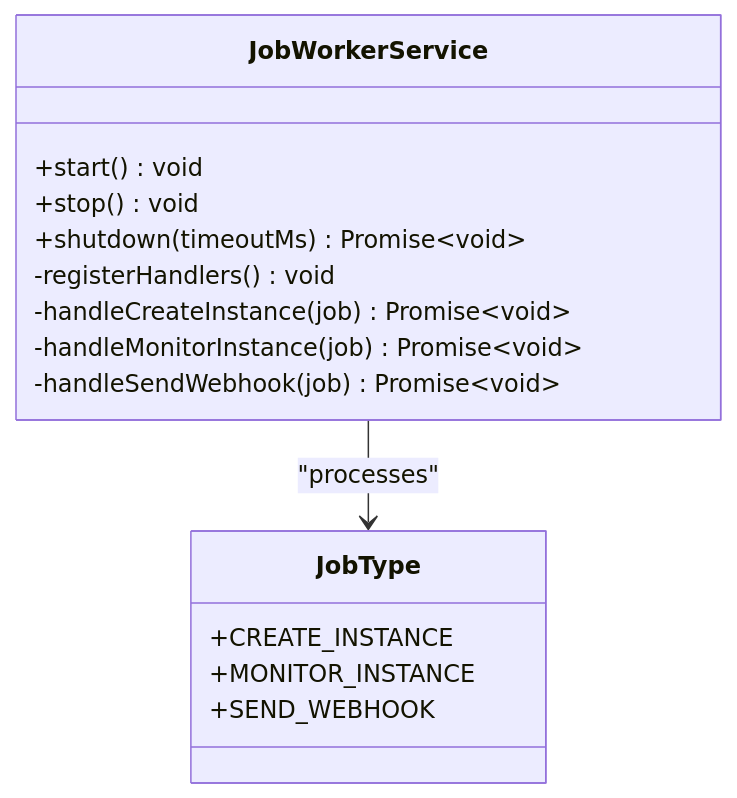
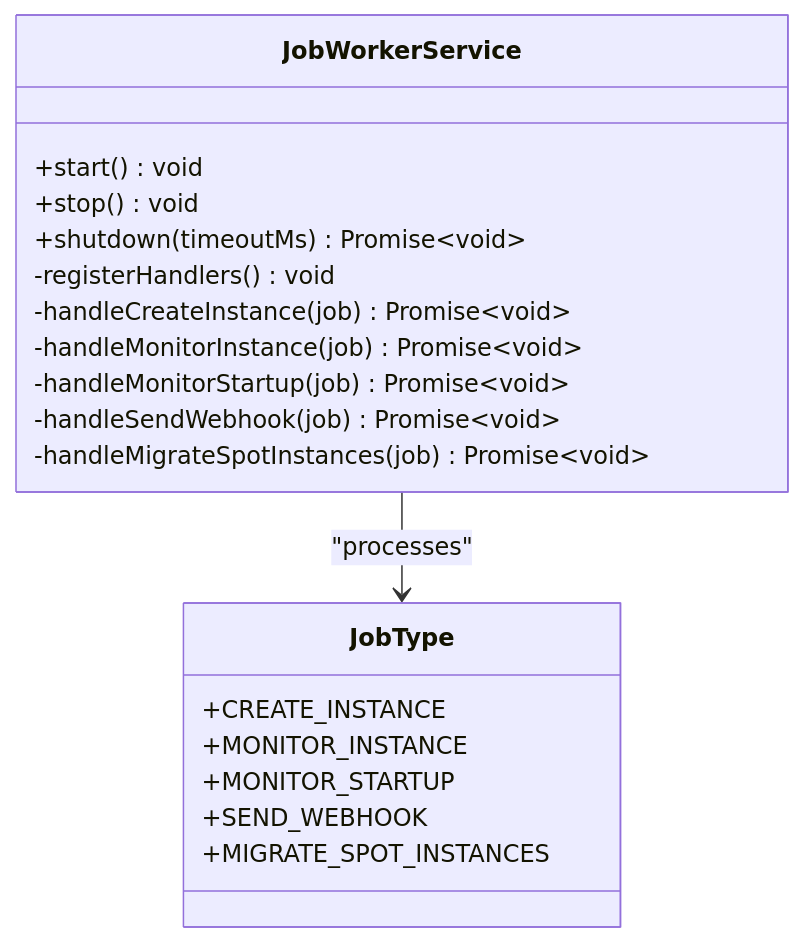
The second of 13 diagrams in .qoder/repowiki/en/content/Service Architecture/Job Worker Service.md (sontl/novita-ai-api), drawn with Mermaid before and after one commit. The commit also changed other lines of this file and 76 other files, not shown here.

````diff
--- a/.qoder/repowiki/en/content/Service Architecture/Job Worker Service.md
+++ b/.qoder/repowiki/en/content/Service Architecture/Job Worker Service.md
@@ -79,18 +85,22 @@
 ```mermaid
 classDiagram
 class JobWorkerService {
 +start() void
 +stop() void
 +shutdown(timeoutMs) Promise~void~
 -registerHandlers() void
 -handleCreateInstance(job) Promise~void~
 -handleMonitorInstance(job) Promise~void~
+-handleMonitorStartup(job) Promise~void~
 -handleSendWebhook(job) Promise~void~
+-handleMigrateSpotInstances(job) Promise~void~
 }
 class JobType {
 +CREATE_INSTANCE
 +MONITOR_INSTANCE
++MONITOR_STARTUP
 +SEND_WEBHOOK
++MIGRATE_SPOT_INSTANCES
 }
 JobWorkerService --> JobType : "processes"
 ```
````
